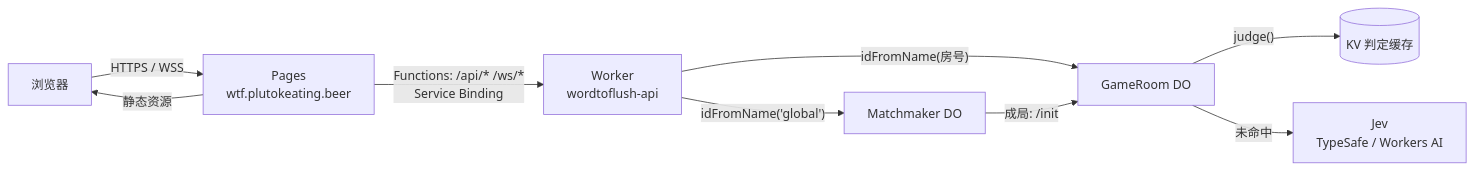
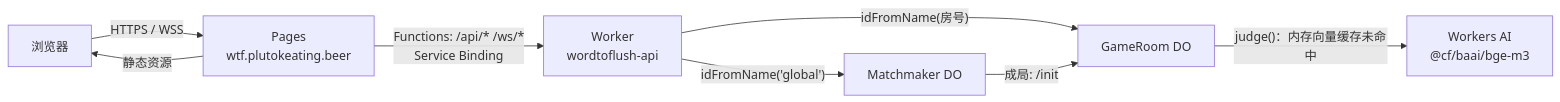
The diagram in website/ARCHITECTURE.md (PlutoKeating/Project.WordToFlush), drawn with Mermaid before and after one commit. The commit also changed other lines of this file and 2 other files, not shown here.

Commit message:
docs: 判定器改为 bge-m3，补充 Git 自动部署与题库校准说明

````diff
--- a/website/ARCHITECTURE.md
+++ b/website/ARCHITECTURE.md
@@ -3,11 +3,10 @@
 ```mermaid
 graph LR
   B[浏览器] -- HTTPS / WSS --> P[Pages<br/>wtf.plutokeating.beer]
   P -- 静态资源 --> B
   P -- Functions: /api/* /ws/*<br/>Service Binding --> W[Worker<br/>wordtoflush-api]
   W -- idFromName(房号) --> R[GameRoom DO]
   W -- idFromName('global') --> M[Matchmaker DO]
   M -- 成局: /init --> R
-  R -- judge() --> K[(KV 判定缓存)]
-  R -- 未命中 --> J[Jev<br/>TypeSafe / Workers AI]
+  R -- judge()：内存向量缓存未命中 --> J[Workers AI<br/>@cf/baai/bge-m3]
 ```
````
